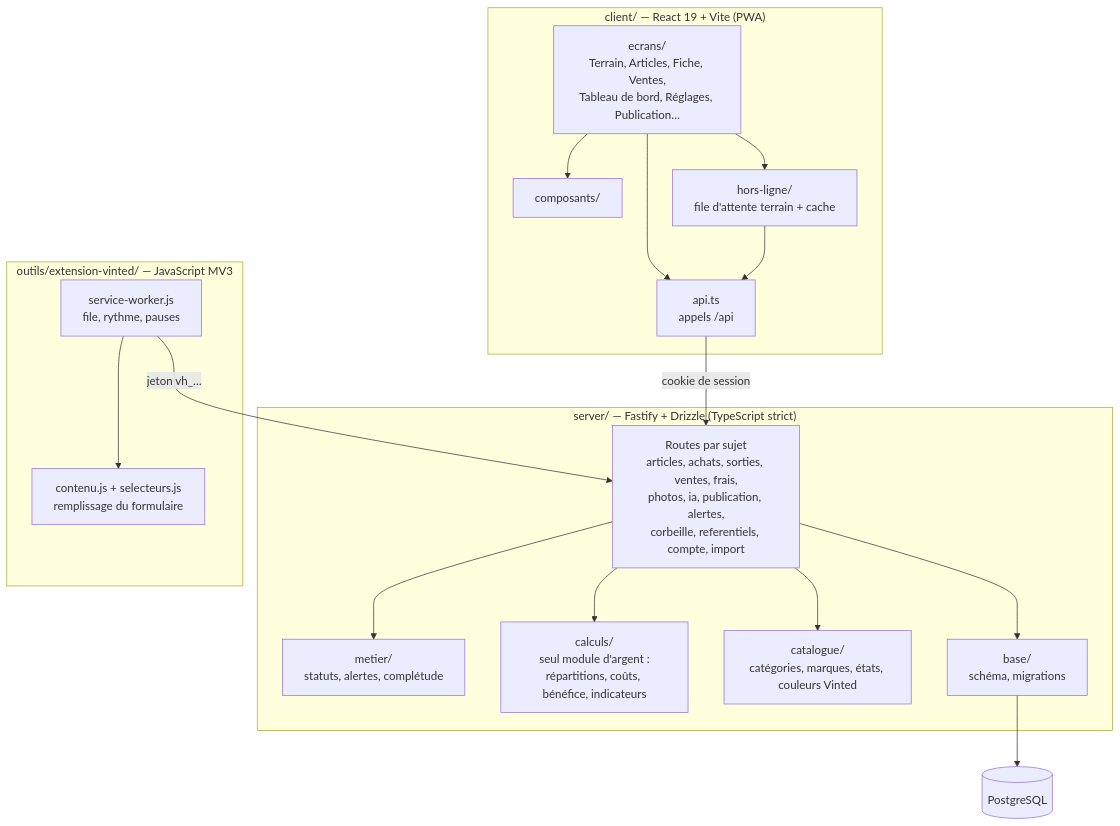
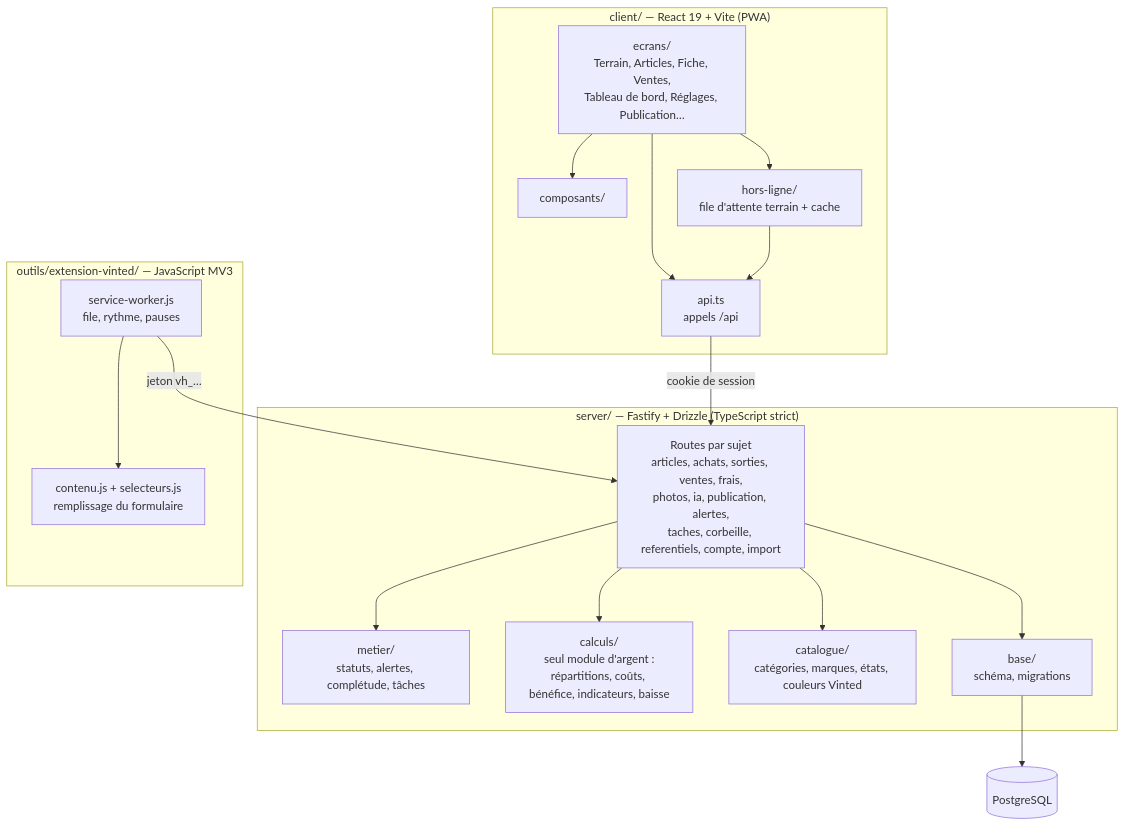
The second of 3 diagrams in docs/architecture.md (Plossec/Vinted-Helper), drawn with Mermaid before and after one commit. The commit also changed other lines of this file and 5 other files, not shown here.

````diff
--- a/docs/architecture.md
+++ b/docs/architecture.md
@@ -50,35 +50,35 @@
 ```mermaid
 flowchart TB
   subgraph client["client/ — React 19 + Vite (PWA)"]
     ecrans["ecrans/<br/>Terrain, Articles, Fiche, Ventes,<br/>Tableau de bord, Réglages, Publication…"]
     composants["composants/"]
     api["api.ts<br/>appels /api"]
     hl["hors-ligne/<br/>file d'attente terrain + cache"]
     ecrans --> composants
     ecrans --> api
     ecrans --> hl
     hl --> api
   end
 
   subgraph serveur["server/ — Fastify + Drizzle (TypeScript strict)"]
-    routes["Routes par sujet<br/>articles, achats, sorties, ventes, frais,<br/>photos, ia, publication, alertes,<br/>corbeille, referentiels, compte, import"]
-    metier["metier/<br/>statuts, alertes, complétude"]
-    calculs["calculs/<br/>seul module d'argent :<br/>répartitions, coûts, bénéfice, indicateurs"]
+    routes["Routes par sujet<br/>articles, achats, sorties, ventes, frais,<br/>photos, ia, publication, alertes,<br/>taches, corbeille, referentiels, compte, import"]
+    metier["metier/<br/>statuts, alertes, complétude, tâches"]
+    calculs["calculs/<br/>seul module d'argent :<br/>répartitions, coûts, bénéfice, indicateurs, baisse"]
     catalogue["catalogue/<br/>catégories, marques, états, couleurs Vinted"]
     base["base/<br/>schéma, migrations"]
     routes --> metier
     routes --> calculs
     routes --> catalogue
     routes --> base
   end
 
   subgraph extension["outils/extension-vinted/ — JavaScript MV3"]
     sw["service-worker.js<br/>file, rythme, pauses"]
     contenu["contenu.js + selecteurs.js<br/>remplissage du formulaire"]
     sw --> contenu
   end
 
   api -- "cookie de session" --> routes
   sw -- "jeton vh_…" --> routes
   base --> pg[("PostgreSQL")]
 ```
````
